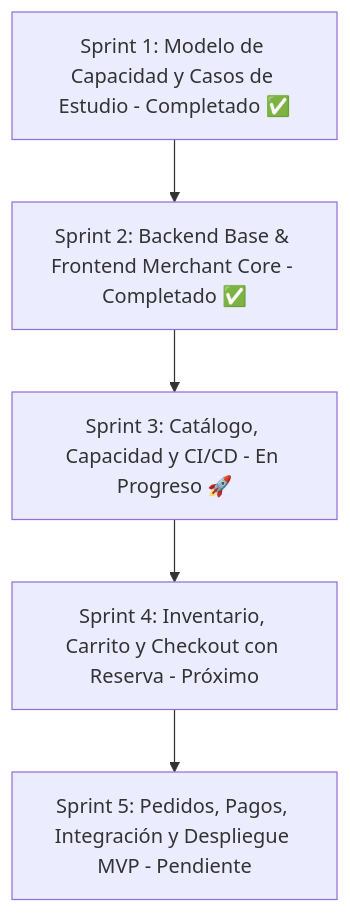
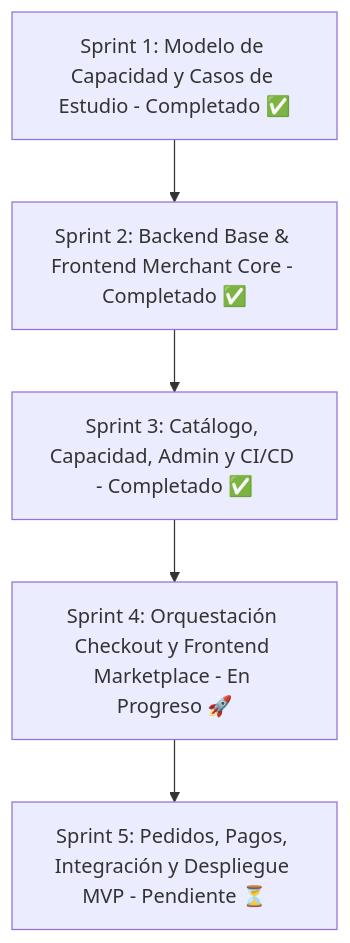
Before and after one commit to iJosueeh/jaldishop: the second of 2 diagrams in README.md, drawn with Mermaid. The commit also changed other lines of this file, not shown here.

Commit message:
docs(readme): actualizar roadmap a sprint 4, metricas de tests y estructura con frontend-marketplace

````diff
--- a/README.md
+++ b/README.md
@@ -119,10 +122,10 @@
 ```mermaid
 flowchart TD
     S1["Sprint 1: Modelo de Capacidad y Casos de Estudio - Completado ✅"]
     S2["Sprint 2: Backend Base & Frontend Merchant Core - Completado ✅"]
-    S3["Sprint 3: Catálogo, Capacidad y CI/CD - En Progreso 🚀"]
-    S4["Sprint 4: Inventario, Carrito y Checkout con Reserva - Próximo"]
-    S5["Sprint 5: Pedidos, Pagos, Integración y Despliegue MVP - Pendiente"]
+    S3["Sprint 3: Catálogo, Capacidad, Admin y CI/CD - Completado ✅"]
+    S4["Sprint 4: Orquestación Checkout y Frontend Marketplace - En Progreso 🚀"]
+    S5["Sprint 5: Pedidos, Pagos, Integración y Despliegue MVP - Pendiente ⏳"]
 
     S1 --> S2 --> S3 --> S4 --> S5
 ```
````
